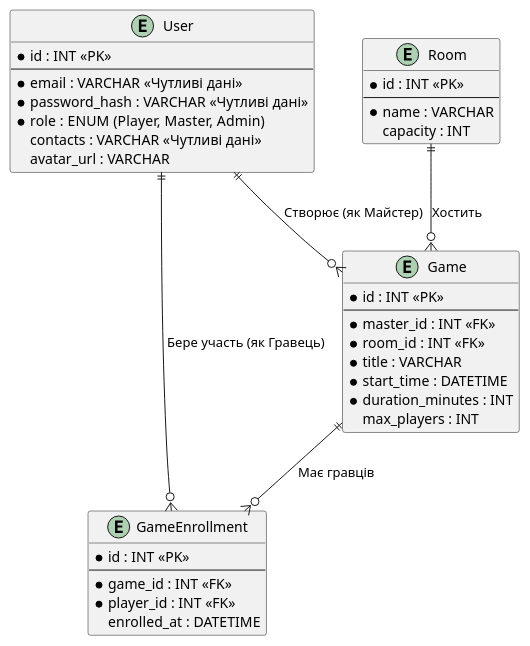
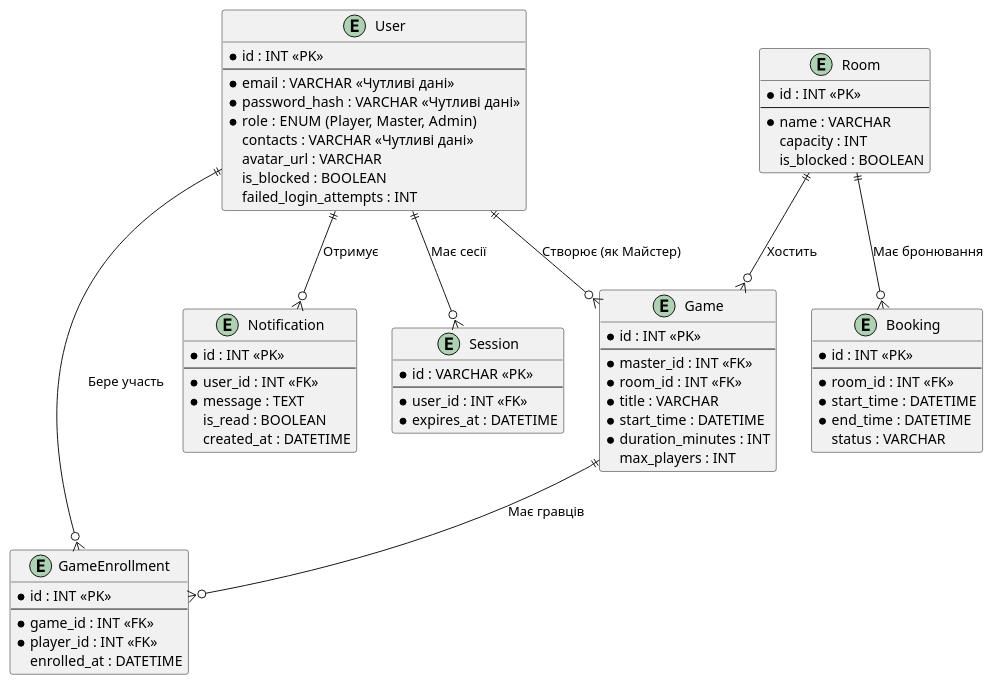
One commit to ukma-fin-ssdm-2026/vibecoders changed the diagram in docs/architecture/uml/data-model.puml. Above: the diagram before and after it, drawn with PlantUML. The commit also changed 3 other files, not shown here.

```diff
--- a/docs/architecture/uml/data-model.puml
+++ b/docs/architecture/uml/data-model.puml
@@ -1,46 +1,77 @@
 @startuml
 skinparam roundcorner 5
 skinparam shadowing false
 
 entity "User" as user {
   * id : INT <<PK>>
   --
   * email : VARCHAR <<Чутливі дані>>
   * password_hash : VARCHAR <<Чутливі дані>>
   * role : ENUM (Player, Master, Admin)
   contacts : VARCHAR <<Чутливі дані>>
   avatar_url : VARCHAR
+  is_blocked : BOOLEAN
+  failed_login_attempts : INT
+}
+
+entity "Session" as session {
+  * id : VARCHAR <<PK>>
+  --
+  * user_id : INT <<FK>>
+  * expires_at : DATETIME
 }
 
 entity "Room" as room {
   * id : INT <<PK>>
   --
   * name : VARCHAR
   capacity : INT
+  is_blocked : BOOLEAN
+}
+
+entity "Booking" as booking {
+  * id : INT <<PK>>
+  --
+  * room_id : INT <<FK>>
+  * start_time : DATETIME
+  * end_time : DATETIME
+  status : VARCHAR
 }
 
 entity "Game" as game {
   * id : INT <<PK>>
   --
   * master_id : INT <<FK>>
   * room_id : INT <<FK>>
   * title : VARCHAR
   * start_time : DATETIME
   * duration_minutes : INT
   max_players : INT
 }
 
 entity "GameEnrollment" as enrollment {
   * id : INT <<PK>>
   --
   * game_id : INT <<FK>>
   * player_id : INT <<FK>>
   enrolled_at : DATETIME
 }
 
+entity "Notification" as notification {
+  * id : INT <<PK>>
+  --
+  * user_id : INT <<FK>>
+  * message : TEXT
+  is_read : BOOLEAN
+  created_at : DATETIME
+}
+
 user ||--o{ game : "Створює (як Майстер)"
 room ||--o{ game : "Хостить"
-user ||--o{ enrollment : "Бере участь (як Гравець)"
+user ||--o{ enrollment : "Бере участь"
 game ||--o{ enrollment : "Має гравців"
+user ||--o{ session : "Має сесії"
+room ||--o{ booking : "Має бронювання"
+user ||--o{ notification : "Отримує"
 
 @enduml
```
